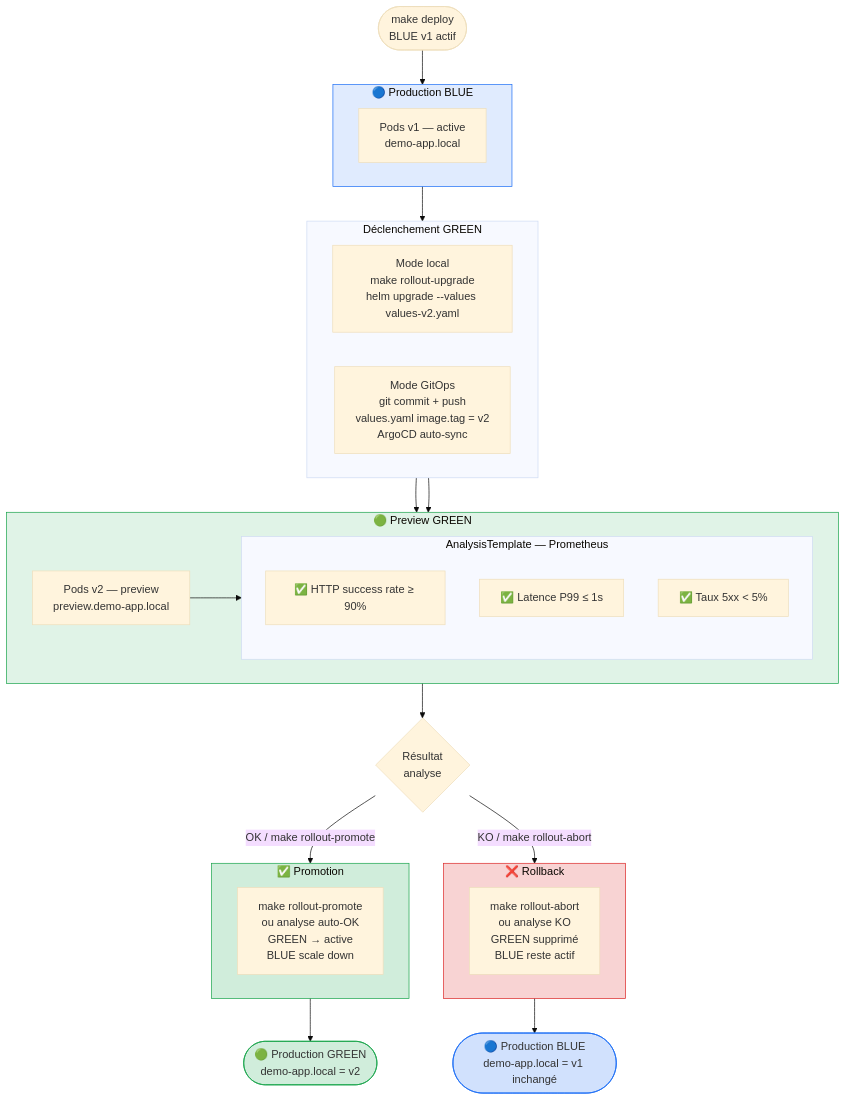
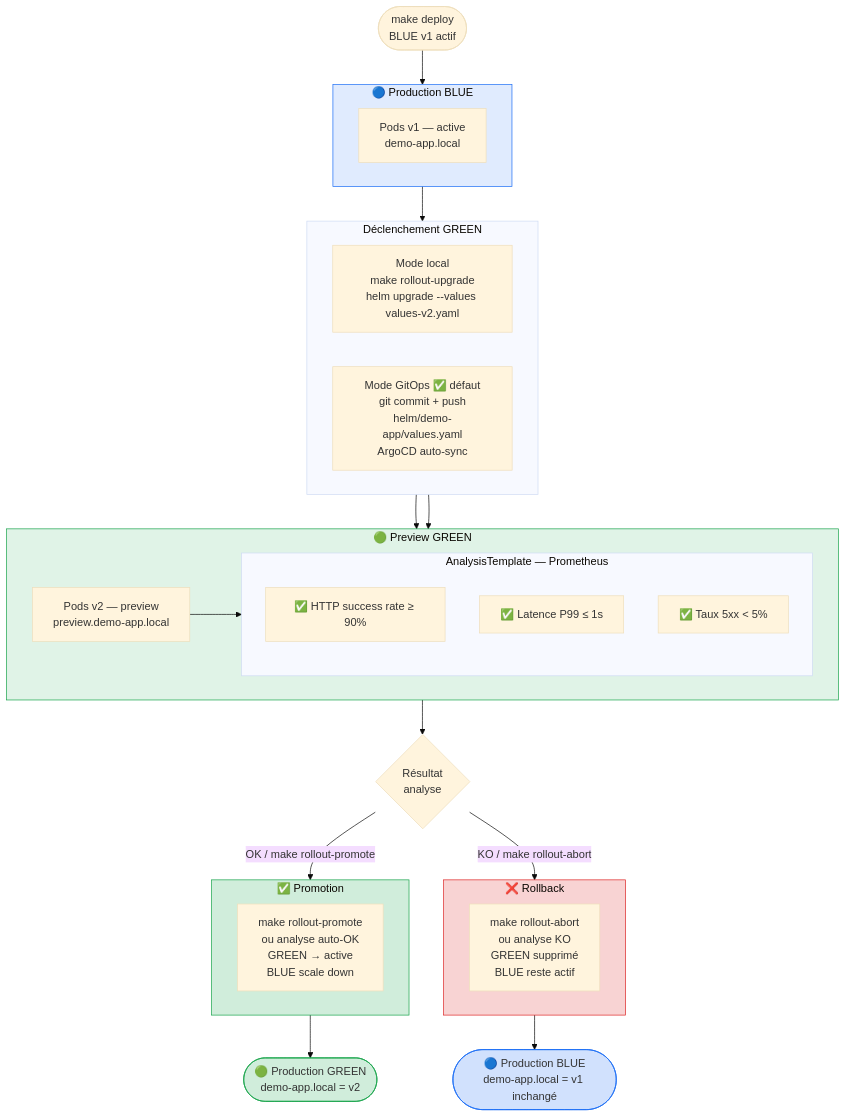
Before and after one commit to M4XGO/terraform-kube: the fourth of 4 diagrams in ARCHITECTURE.md, drawn with Mermaid (base theme). The commit also changed other lines of this file and 1 other file, not shown here.

First line of the commit message:
Update architecture and README for enhanced deployment clarity and GitOps integration

````diff
--- a/ARCHITECTURE.md
+++ b/ARCHITECTURE.md
@@ -255,54 +285,54 @@
 ```mermaid
 flowchart TD
     START(["make deploy\nBLUE v1 actif"])
 
     subgraph STABLE ["🔵 Production BLUE"]
         B_PODS["Pods v1 — active\ndemo-app.local"]
     end
 
     subgraph TRIGGER ["Déclenchement GREEN"]
         direction LR
         T1["Mode local\nmake rollout-upgrade\nhelm upgrade --values values-v2.yaml"]
-        T2["Mode GitOps\ngit commit + push\nvalues.yaml image.tag = v2\nArgoCD auto-sync"]
+        T2["Mode GitOps ✅ défaut\ngit commit + push\nhelm/demo-app/values.yaml\nArgoCD auto-sync"]
     end
 
     subgraph PREVIEW ["🟢 Preview GREEN"]
         G_PODS["Pods v2 — preview\npreview.demo-app.local"]
         subgraph ANALYSIS ["AnalysisTemplate — Prometheus"]
             M1["✅ HTTP success rate ≥ 90%"]
             M2["✅ Latence P99 ≤ 1s"]
             M3["✅ Taux 5xx < 5%"]
         end
         G_PODS --> ANALYSIS
     end
 
     DECISION{"Résultat\nanalyse"}
 
     subgraph PROMOTE ["✅ Promotion"]
         PR["make rollout-promote\nou analyse auto-OK\nGREEN → active\nBLUE scale down"]
     end
 
     subgraph ABORT ["❌ Rollback"]
         AB["make rollout-abort\nou analyse KO\nGREEN supprimé\nBLUE reste actif"]
     end
 
     NEW_STABLE(["🟢 Production GREEN\ndemo-app.local = v2"])
     BACK(["🔵 Production BLUE\ndemo-app.local = v1 inchangé"])
 
     START --> STABLE
     STABLE --> TRIGGER
     T1 --> PREVIEW
     T2 --> PREVIEW
     PREVIEW --> DECISION
     DECISION -->|"OK / make rollout-promote"| PROMOTE
     DECISION -->|"KO / make rollout-abort"| ABORT
     PROMOTE --> NEW_STABLE
     ABORT --> BACK
 
     style STABLE fill:#1a6cf522,stroke:#1a6cf5
     style PREVIEW fill:#16a34a22,stroke:#16a34a
     style PROMOTE fill:#16a34a33,stroke:#16a34a
     style ABORT fill:#dc262633,stroke:#dc2626
     style NEW_STABLE fill:#16a34a33,stroke:#16a34a
     style BACK fill:#1a6cf533,stroke:#1a6cf5
 ```
````
